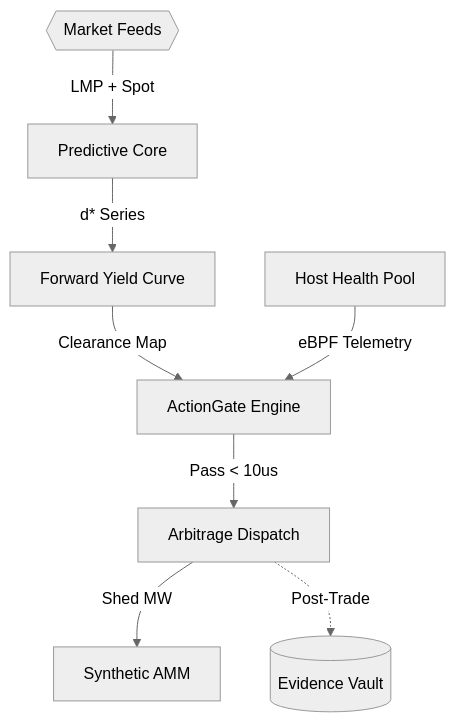
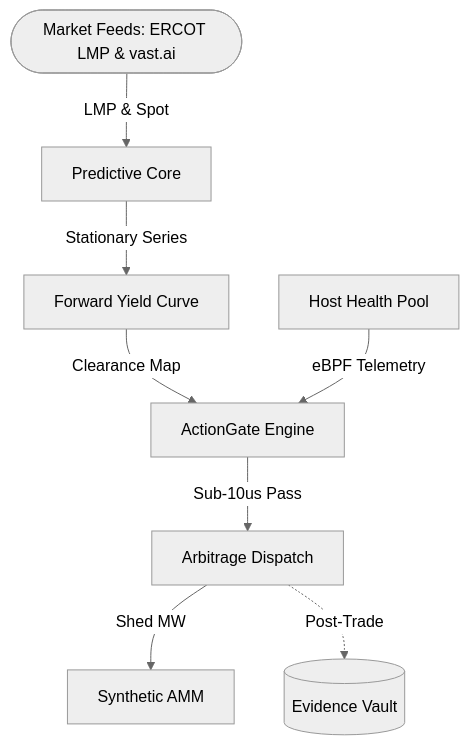
The first of 2 diagrams in docs/wiki/architecture.md (AAH20/apex-compute-energy-futures), drawn with Mermaid (neutral theme) before and after one commit. The commit also changed other lines of this file and 4 other files, not shown here.

Commit message:
fix(diagrams): sanitize mermaid syntax for 100% github native rendering

````diff
--- a/docs/wiki/architecture.md
+++ b/docs/wiki/architecture.md
@@ -9,12 +9,12 @@
 ```mermaid
 flowchart TD
-    EXT_DATA{{Market Feeds}} -->|LMP + Spot| T3_PRED[Predictive Core]
-    T3_PRED -->|d* Series| T2_CURVE[Forward Yield Curve]
-    T2_CURVE -->|Clearance Map| T1_GATE[ActionGate Engine]
+    EXT_DATA(["Market Feeds: ERCOT LMP & vast.ai"]) -->|"LMP & Spot"| T3_PRED["Predictive Core"]
+    T3_PRED -->|"Stationary Series"| T2_CURVE["Forward Yield Curve"]
+    T2_CURVE -->|"Clearance Map"| T1_GATE["ActionGate Engine"]
     
-    T1_HOST[Host Health Pool] -->|eBPF Telemetry| T1_GATE
-    T1_GATE -->|Pass < 10us| T1_EXEC[Arbitrage Dispatch]
+    T1_HOST["Host Health Pool"] -->|"eBPF Telemetry"| T1_GATE
+    T1_GATE -->|"Sub-10us Pass"| T1_EXEC["Arbitrage Dispatch"]
     
-    T1_EXEC -->|Shed MW| AMM[Synthetic AMM]
-    T1_EXEC -.->|Post-Trade| AUDIT[(Evidence Vault)]
+    T1_EXEC -->|"Shed MW"| AMM["Synthetic AMM"]
+    T1_EXEC -.->|"Post-Trade"| AUDIT[("Evidence Vault")]
 ```
````
